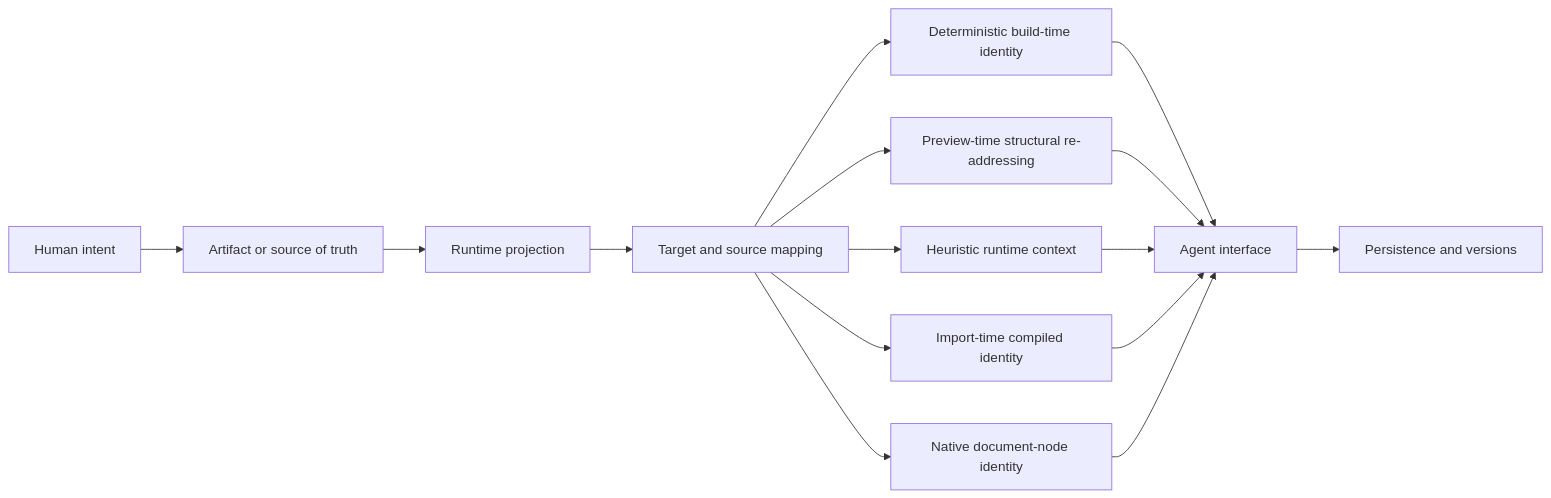
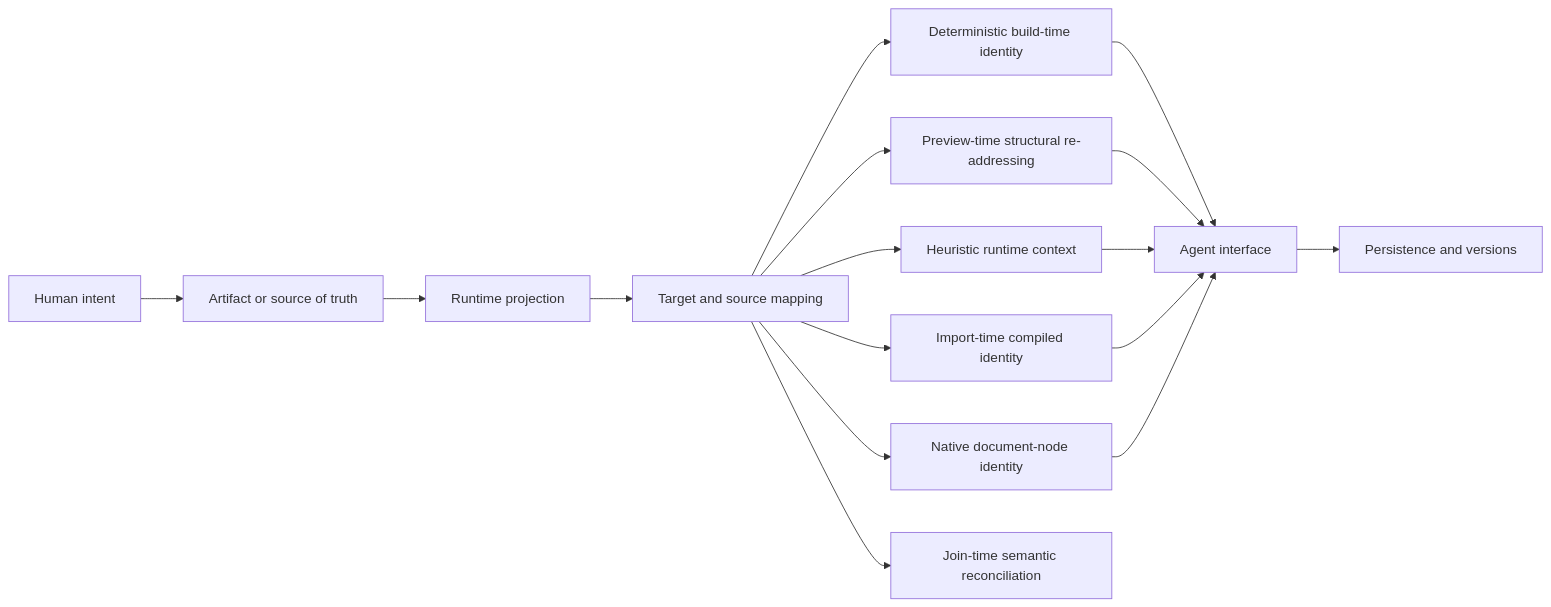
One commit to cc1024201/ai-native-design-landscape changed the second of 2 diagrams in README.md. Above: the diagram before and after it, drawn with Mermaid. The commit also changed other lines of this file and 1 other file, not shown here.

````diff
--- a/README.md
+++ b/README.md
@@ -132,17 +133,18 @@
 ```mermaid
 flowchart LR
     I[Human intent] --> A[Artifact or source of truth]
     A --> R[Runtime projection]
     R --> M[Target and source mapping]
     M --> D[Deterministic build-time identity]
     M --> S[Preview-time structural re-addressing]
     M --> H[Heuristic runtime context]
     M --> C[Import-time compiled identity]
     M --> N[Native document-node identity]
+    M --> J[Join-time semantic reconciliation]
     D --> X[Agent interface]
     S --> X
     H --> X
     C --> X
     N --> X
     X --> P[Persistence and versions]
 ```
````
